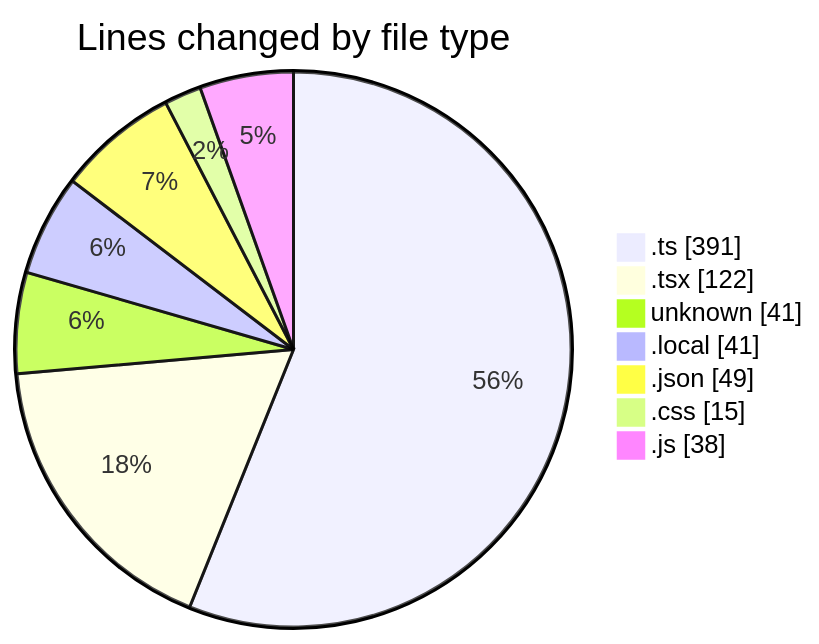
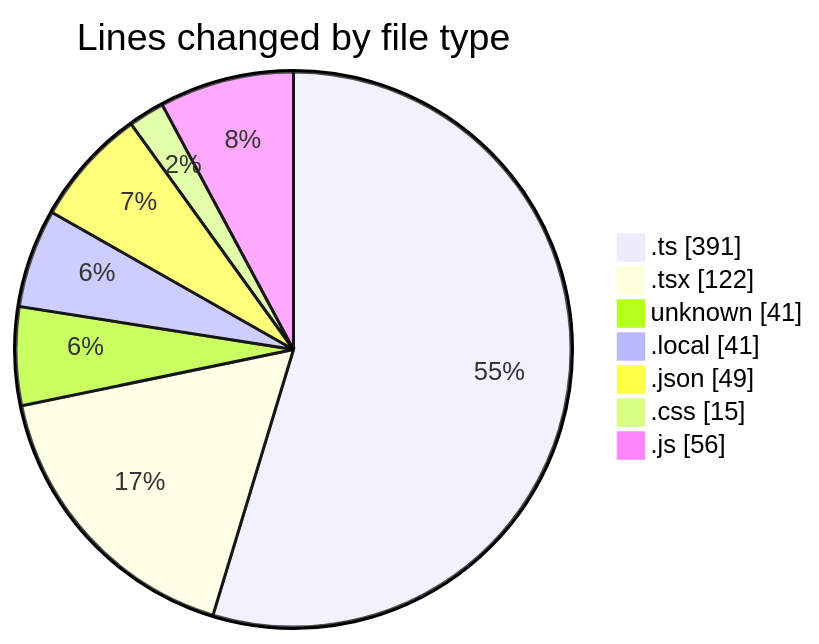
Before and after one commit to momahboobian/code-tracking: the first of 2 diagrams in 2026-02-26/car_database/README.md, drawn with Mermaid. The commit also changed other lines of this file and 1 other file, not shown here.

````diff
--- a/2026-02-26/car_database/README.md
+++ b/2026-02-26/car_database/README.md
@@ -38,11 +38,11 @@
 ```mermaid
 pie showData
 title Lines changed by file type
 ".ts" : 391
 ".tsx" : 122
 "unknown" : 41
 ".local" : 41
 ".json" : 49
 ".css" : 15
-".js" : 38
+".js" : 56
 ```
````
